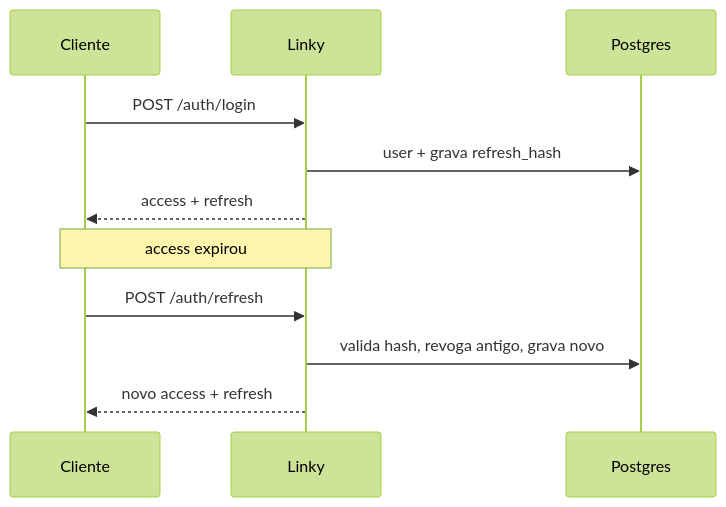
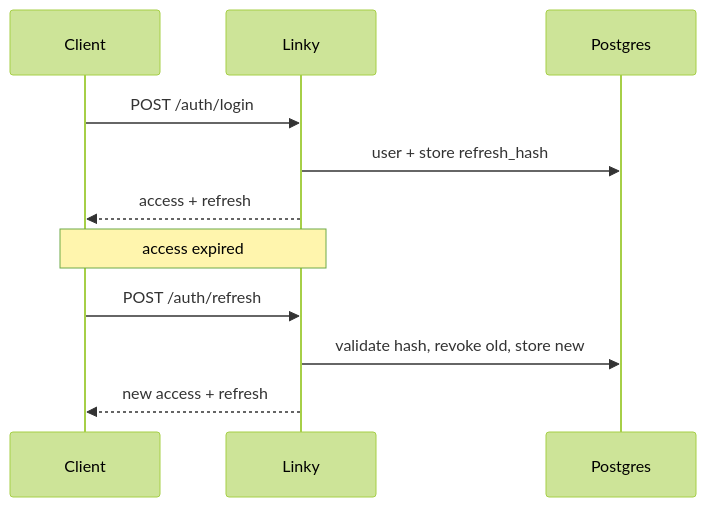
The diagram in docs/DECISIONS.md (gabriellopessdev/linky), drawn with Mermaid (forest theme) before and after one commit. The commit also changed other lines of this file and 4 other files, not shown here.

````diff
--- a/docs/DECISIONS.md
+++ b/docs/DECISIONS.md
@@ -35,13 +35,13 @@
 ```mermaid
 sequenceDiagram
-  participant C as Cliente
+  participant C as Client
   participant API as Linky
   participant DB as Postgres
   C->>API: POST /auth/login
-  API->>DB: user + grava refresh_hash
+  API->>DB: user + store refresh_hash
   API-->>C: access + refresh
-  Note over C,API: access expirou
+  Note over C,API: access expired
   C->>API: POST /auth/refresh
-  API->>DB: valida hash, revoga antigo, grava novo
-  API-->>C: novo access + refresh
+  API->>DB: validate hash, revoke old, store new
+  API-->>C: new access + refresh
 ```
````
